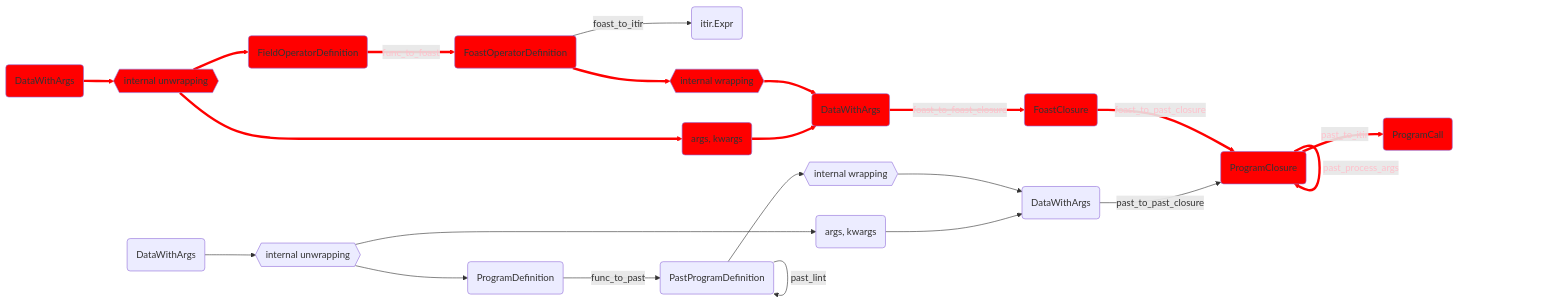
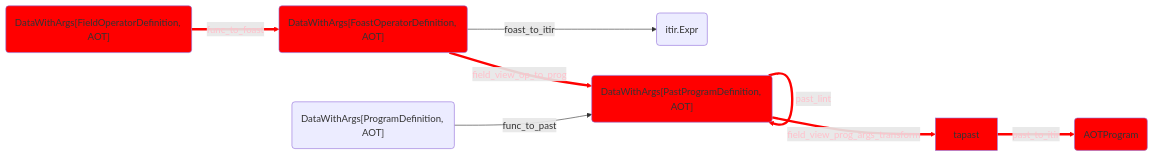
Before and after one commit to GridTools/gt4py: the eighth of 10 diagrams in docs/user/next/advanced/ToolchainWalkthrough.md, drawn with Mermaid. The commit also changed other lines of this file and 10 other files, not shown here.

````diff
--- a/docs/user/next/advanced/ToolchainWalkthrough.md
+++ b/docs/user/next/advanced/ToolchainWalkthrough.md
@@ -365,38 +260,19 @@
 ```mermaid
 graph LR
 
-fdef(FieldOperatorDefinition) -->|func_to_foast| foast(FoastOperatorDefinition)
+fdef("DataWithArgs[FieldOperatorDefinition, AOT]") -->|func_to_foast| foast("DataWithArgs[FoastOperatorDefinition, AOT]")
 foast -->|foast_to_itir| itir_expr(itir.Expr)
-foasta -->|foast_to_foast_closure| fclos(FoastClosure)
-fclos -->|foast_to_past_closure| pclos(PastClosure)
-pclos -->|past_process_args| pclos
-pclos -->|past_to_itir| pcall(ProgramCall)
+foast -->|field_view_op_to_prog| past("DataWithArgs[PastProgramDefinition, AOT]")
+past -->|past_lint| past
+past -->|field_view_prog_args_transform| tapast
+tapast -->|past_to_itir| pcall(AOTProgram)
 
-pdef(ProgramDefinition) -->|func_to_past| past(PastProgramDefinition)
-past -->|past_lint| past
-pasta -->|past_to_past_closure| pclos(ProgramClosure)
+pdef("DataWithArgs[ProgramDefinition, AOT]") -->|func_to_past| past("DataWithArgs[PastProgramDefinition, AOT]")
 
-fdefa(DataWithArgs) --> fuwr{{"internal unwrapping"}} --> fdef
-fuwr --> fargs(args, kwargs)
-
-foast --> fiwr{{"internal wrapping"}} --> foasta(DataWithArgs)
-fargs --> foasta
-
-pdefa(DataWithArgs) --> puwr{{"internal unwrapping"}} --> pdef
-puwr --> pargs(args, kwargs)
-
-past --> piwr{{"internal wrapping"}} --> pasta(DataWithArgs)
-pargs --> pasta
-
-style fdefa fill:red
-style fuwr fill:red
 style fdef fill:red
-style fargs fill:red
 style foast fill:red
-style fiwr fill:red
-style foasta fill:red
-style fclos fill:red
-style pclos fill:red
+style past fill:red
+style tapast fill:red
 style pcall fill:red
-linkStyle 0,2,3,4,5,9,10,11,12,13,14 stroke:red,stroke-width:4px,color:pink
+linkStyle 0,2,3,4,5 stroke:red,stroke-width:4px,color:pink
 ```
````
